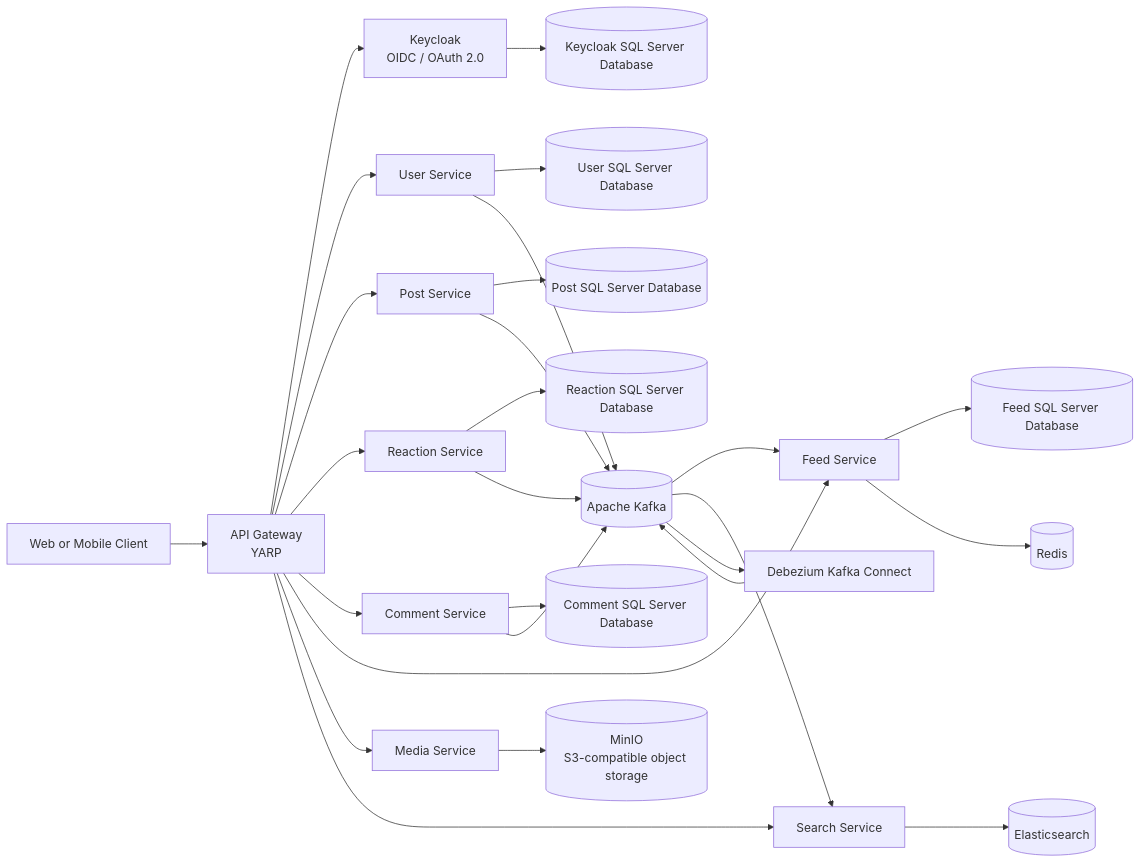
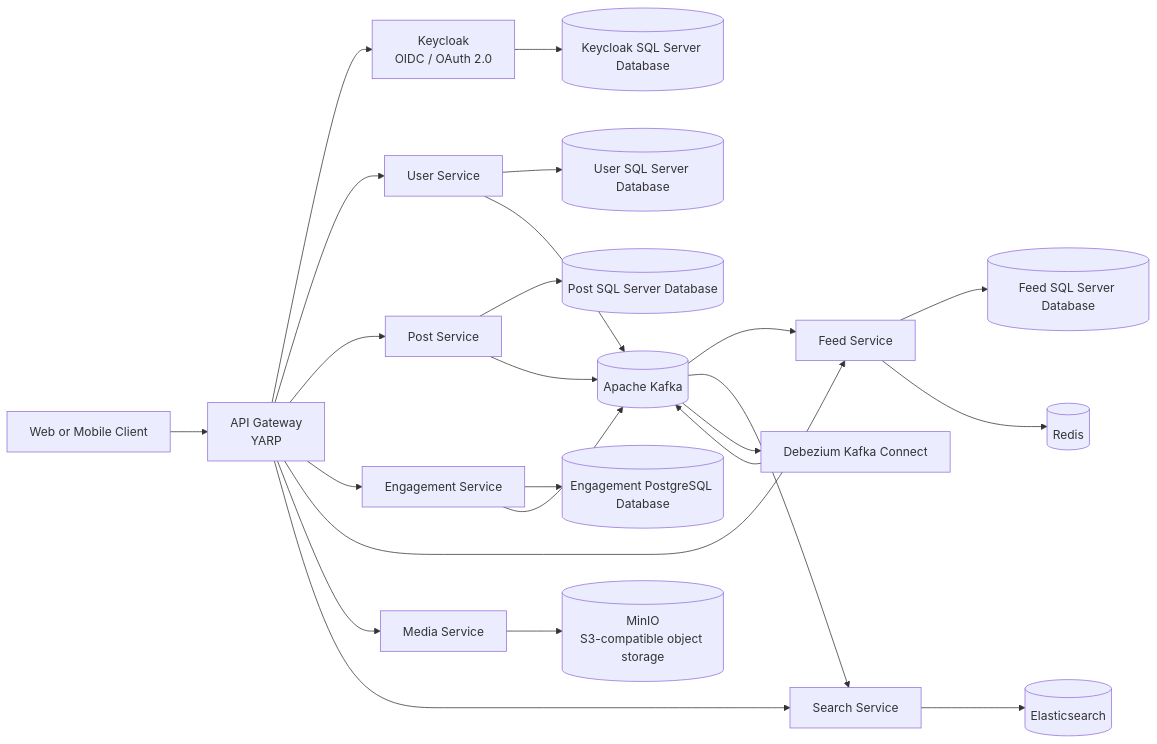
One commit to mhelmy12/LinkedIn-Clone changed the diagram in README.md. Above: the diagram before and after it, drawn with Mermaid. The commit also changed other lines of this file, not shown here.

````diff
--- a/README.md
+++ b/README.md
@@ -20,32 +19,29 @@
 ```mermaid
 flowchart LR
     Client[Web or Mobile Client] --> Gateway[API Gateway\nYARP]
     Gateway --> Keycloak[Keycloak\nOIDC / OAuth 2.0]
     Gateway --> User[User Service]
     Gateway --> Post[Post Service]
-    Gateway --> Reaction[Reaction Service]
-    Gateway --> Comment[Comment Service]
+    Gateway --> Engagement[Engagement Service]
     Gateway --> Feed[Feed Service]
     Gateway --> Media[Media Service]
     Gateway --> Search[Search Service]
 
     User --> UserDB[(User SQL Server Database)]
     Post --> PostDB[(Post SQL Server Database)]
-    Reaction --> ReactionDB[(Reaction SQL Server Database)]
-    Comment --> CommentDB[(Comment SQL Server Database)]
+    Engagement --> EngagementDB[(Engagement PostgreSQL Database)]
     Feed --> FeedDB[(Feed SQL Server Database)]
     Feed --> Redis[(Redis)]
     Media --> MinIO[(MinIO\nS3-compatible object storage)]
 
     User --> Kafka[(Apache Kafka)]
     Post --> Kafka
-    Reaction --> Kafka
-    Comment --> Kafka
+    Engagement --> Kafka
     Kafka --> Feed
     Kafka --> Search
     Kafka --> Debezium[Debezium Kafka Connect]
     Debezium --> Kafka
     Search --> Elasticsearch[(Elasticsearch)]
 
     Keycloak --> KeycloakDB[(Keycloak SQL Server Database)]
 ```
````
